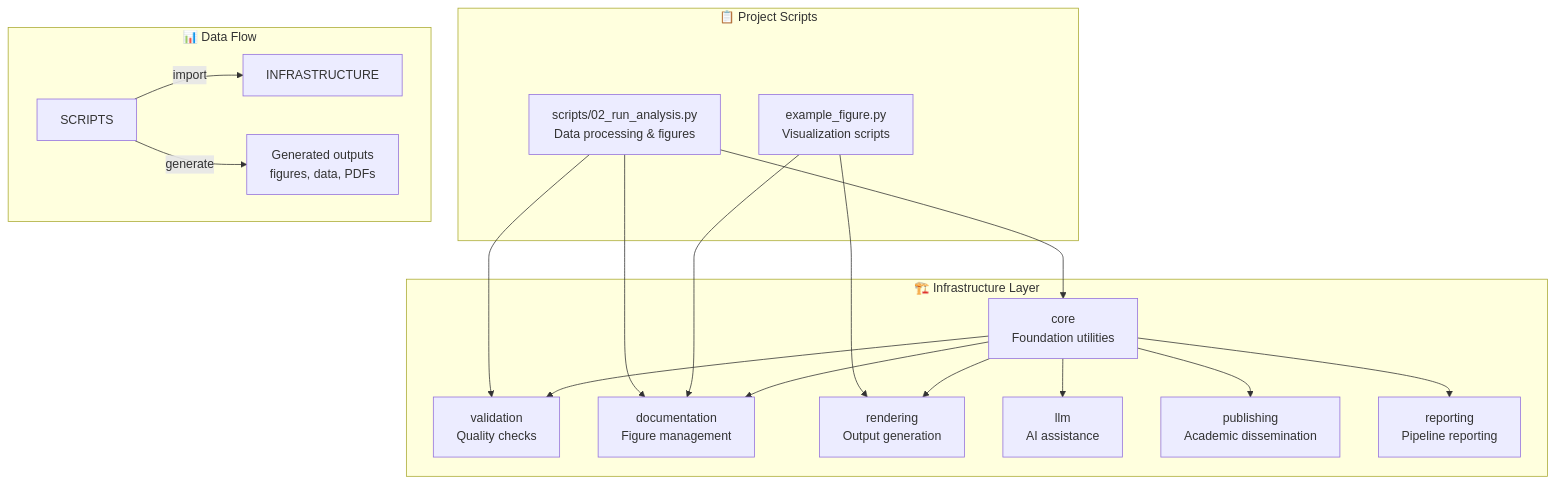
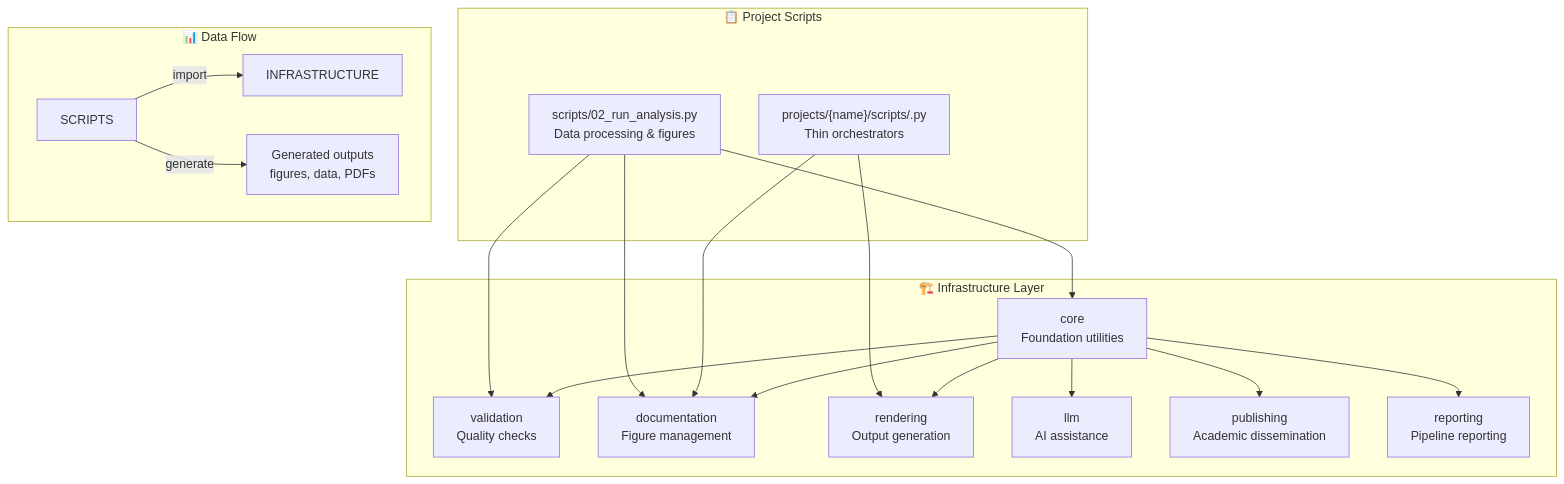
One commit to docxology/template changed the second of 6 diagrams in infrastructure/README.md. Above: the diagram before and after it, drawn with Mermaid. The commit also changed other lines of this file and 128 other files, not shown here.

````diff
--- a/infrastructure/README.md
+++ b/infrastructure/README.md
@@ -88,40 +88,40 @@
 ```mermaid
 flowchart TD
     subgraph "📋 Project Scripts"
         ANALYSIS[scripts/02_run_analysis.py<br/>Data processing & figures]
-        FIGURES[example_figure.py<br/>Visualization scripts]
+        FIGURES["projects/{name}/scripts/<analysis>.py<br/>Thin orchestrators"]
     end
 
     subgraph "🏗️ Infrastructure Layer"
         CORE_MOD[core<br/>Foundation utilities]
         VALIDATION_MOD[validation<br/>Quality checks]
         DOCUMENTATION_MOD[documentation<br/>Figure management]
         RENDERING_MOD[rendering<br/>Output generation]
         LLM_MOD[llm<br/>AI assistance]
         PUBLISHING_MOD[publishing<br/>Academic dissemination]
         REPORTING_MOD[reporting<br/>Pipeline reporting]
     end
 
     subgraph "📊 Data Flow"
         SCRIPTS -->|import| INFRASTRUCTURE
         SCRIPTS -->|generate| OUTPUTS[Generated outputs<br/>figures, data, PDFs]
     end
 
     ANALYSIS --> CORE_MOD
     ANALYSIS --> DOCUMENTATION_MOD
     ANALYSIS --> VALIDATION_MOD
 
     FIGURES --> DOCUMENTATION_MOD
     FIGURES --> RENDERING_MOD
 
     CORE_MOD --> VALIDATION_MOD
     CORE_MOD --> DOCUMENTATION_MOD
     CORE_MOD --> RENDERING_MOD
     CORE_MOD --> LLM_MOD
     CORE_MOD --> PUBLISHING_MOD
     CORE_MOD --> REPORTING_MOD
 
     class ANALYSIS,FIGURES scripts
     class CORE_MOD,VALIDATION_MOD,DOCUMENTATION_MOD,RENDERING_MOD,LLM_MOD,PUBLISHING_MOD,REPORTING_MOD infra
     class OUTPUTS output
 ```
````
